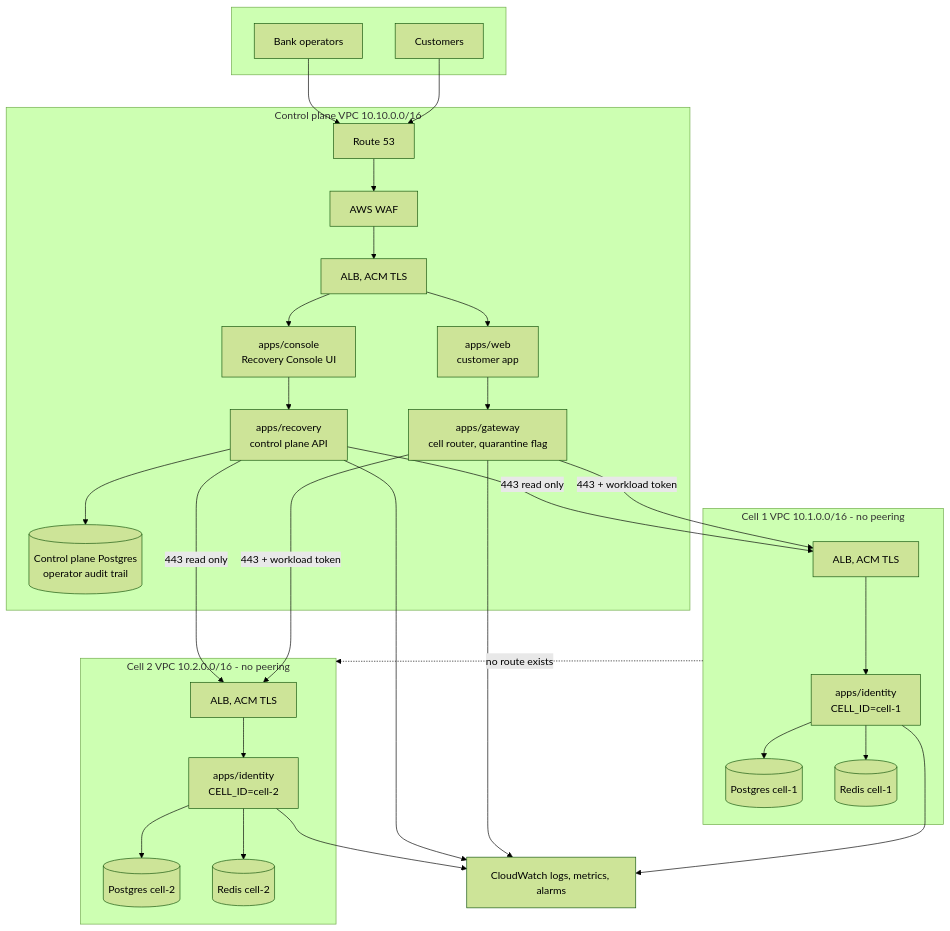
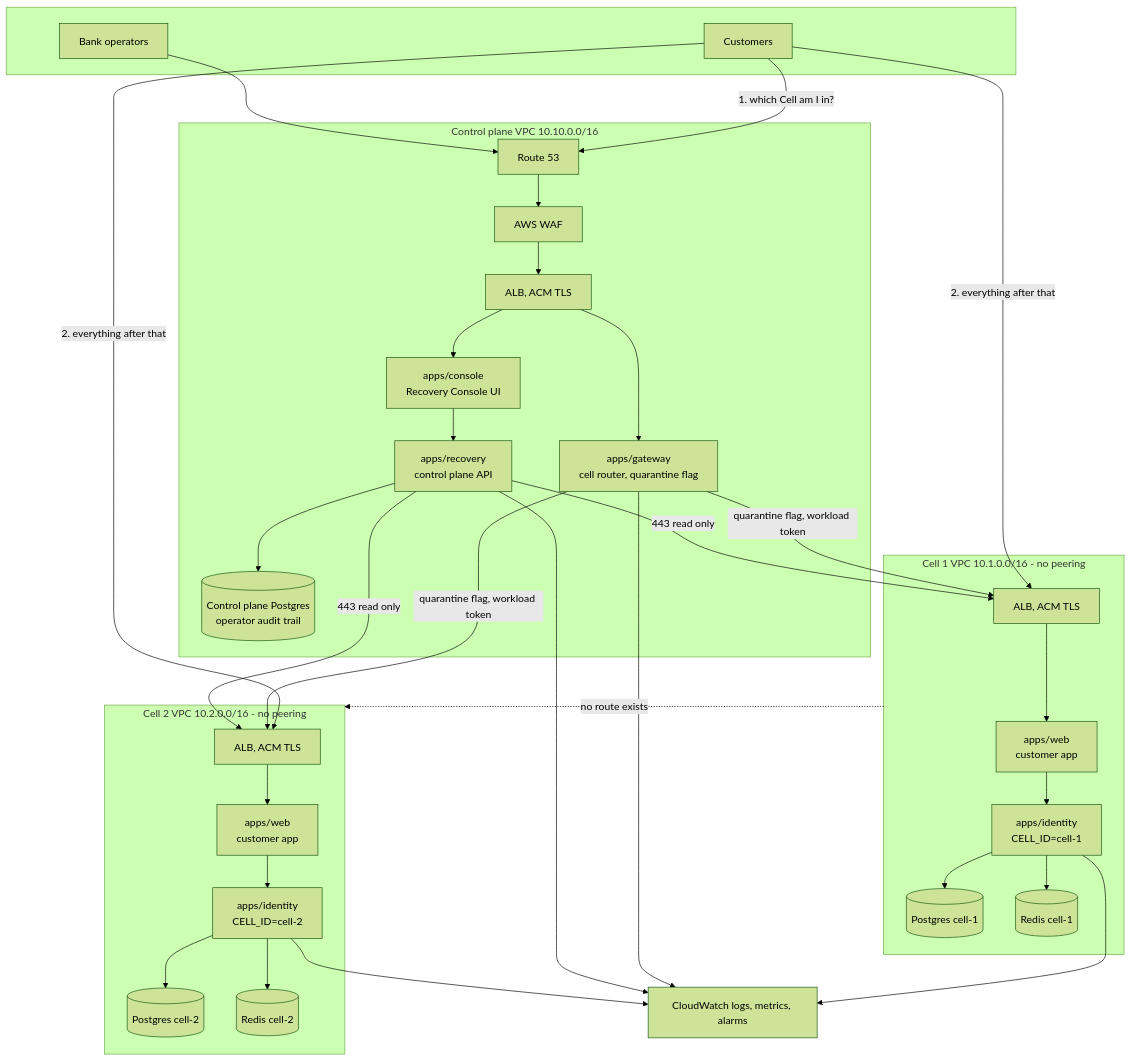
One commit to agentdynarq/arka changed the diagram in docs/PHASE-3-ARCHITECTURE.md. Above: the diagram before and after it, drawn with Mermaid (forest theme). The commit also changed other lines of this file and 13 other files, not shown here.

````diff
--- a/docs/PHASE-3-ARCHITECTURE.md
+++ b/docs/PHASE-3-ARCHITECTURE.md
@@ -50,50 +50,51 @@
 ```mermaid
 graph TB
     subgraph users[" "]
         U[Customers]
         OP[Bank operators]
     end
 
     subgraph controlvpc["Control plane VPC 10.10.0.0/16"]
         R53[Route 53]
         WAF[AWS WAF]
         ALBC[ALB, ACM TLS]
-        WEB["apps/web<br/>customer app"]
         CON["apps/console<br/>Recovery Console UI"]
         GW["apps/gateway<br/>cell router, quarantine flag"]
         REC["apps/recovery<br/>control plane API"]
         CPDB[(Control plane Postgres<br/>operator audit trail)]
     end
 
     subgraph cell1vpc["Cell 1 VPC 10.1.0.0/16 - no peering"]
         ALB1[ALB, ACM TLS]
+        WEB1["apps/web<br/>customer app"]
         APP1["apps/identity<br/>CELL_ID=cell-1"]
         DB1[(Postgres cell-1)]
         RD1[(Redis cell-1)]
     end
 
     subgraph cell2vpc["Cell 2 VPC 10.2.0.0/16 - no peering"]
         ALB2[ALB, ACM TLS]
+        WEB2["apps/web<br/>customer app"]
         APP2["apps/identity<br/>CELL_ID=cell-2"]
         DB2[(Postgres cell-2)]
         RD2[(Redis cell-2)]
     end
 
     OBS[CloudWatch logs, metrics, alarms]
 
-    U --> R53 --> WAF --> ALBC
+    U -->|"1. which Cell am I in?"| R53 --> WAF --> ALBC
     OP --> R53
-    ALBC --> WEB & CON
-    WEB --> GW
+    ALBC --> CON & GW
     CON --> REC
-    GW -->|"443 + workload token"| ALB1
-    GW -->|"443 + workload token"| ALB2
+    U -->|"2. everything after that"| ALB1 & ALB2
+    GW -->|"quarantine flag, workload token"| ALB1
+    GW -->|"quarantine flag, workload token"| ALB2
     REC -->|"443 read only"| ALB1
     REC -->|"443 read only"| ALB2
     REC --> CPDB
-    ALB1 --> APP1 --> DB1 & RD1
-    ALB2 --> APP2 --> DB2 & RD2
+    ALB1 --> WEB1 --> APP1 --> DB1 & RD1
+    ALB2 --> WEB2 --> APP2 --> DB2 & RD2
     APP1 & APP2 & GW & REC --> OBS
 
     cell1vpc -.->|"no route exists"| cell2vpc
 ```
````
